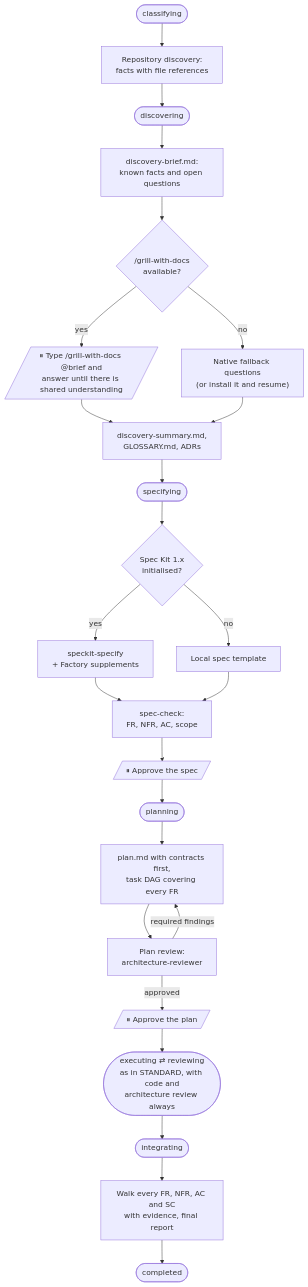
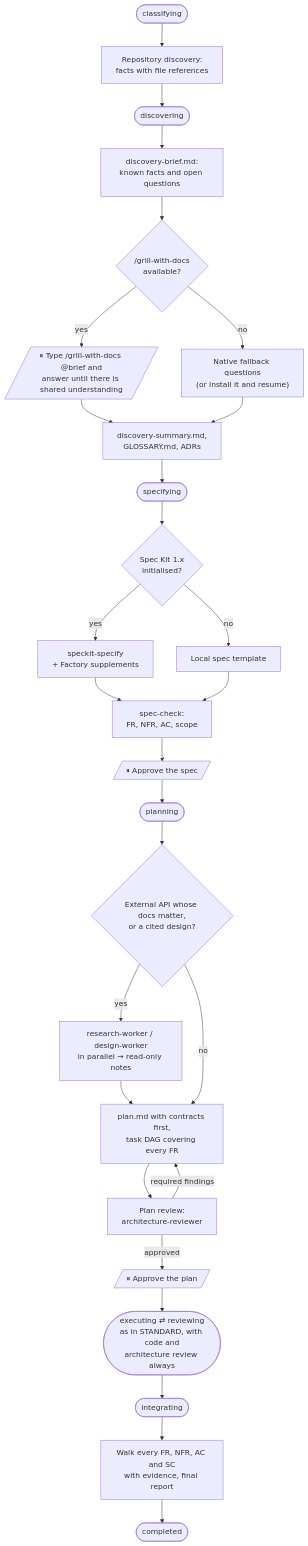
One commit to leoarkiteto/ai-software-factory-kit changed the fourth of 6 diagrams in docs/guide/workflows.md. Above: the diagram before and after it, drawn with Mermaid. The commit also changed other lines of this file and 17 other files, not shown here.

First line of the commit message:
Show the research and design workers in the diagrams

````diff
--- a/docs/guide/workflows.md
+++ b/docs/guide/workflows.md
@@ -96,27 +102,30 @@
 ```mermaid
 flowchart TD
     S(["classifying"]) --> RD["Repository discovery:<br/>facts with file references"]
     RD --> DI(["discovering"])
     DI --> BR["discovery-brief.md:<br/>known facts and open questions"]
     BR --> PV{"/grill-with-docs<br/>available?"}
     PV -- yes --> G[/"⏸ Type /grill-with-docs @brief and<br/>answer until there is shared understanding"/]
     PV -- no --> NF["Native fallback questions<br/>(or install it and resume)"]
     G --> DS["discovery-summary.md,<br/>GLOSSARY.md, ADRs"]
     NF --> DS
     DS --> SP(["specifying"])
     SP --> SV{"Spec Kit 1.x<br/>initialised?"}
     SV -- yes --> SK["speckit-specify<br/>+ Factory supplements"]
     SV -- no --> LS["Local spec template"]
     SK --> SC["spec-check:<br/>FR, NFR, AC, scope"]
     LS --> SC
     SC --> U1[/"⏸ Approve the spec"/]
     U1 --> PL(["planning"])
-    PL --> PP["plan.md with contracts first,<br/>task DAG covering every FR"]
+    PL --> RQ{"External API whose docs matter,<br/>or a cited design?"}
+    RQ -- yes --> RB["research-worker / design-worker<br/>in parallel → read-only notes"]
+    RB --> PP
+    RQ -- no --> PP["plan.md with contracts first,<br/>task DAG covering every FR"]
     PP --> PR["Plan review:<br/>architecture-reviewer"]
     PR -- "required findings" --> PP
     PR -- approved --> U2[/"⏸ Approve the plan"/]
     U2 --> EX(["executing ⇄ reviewing<br/>as in STANDARD, with code and<br/>architecture review always"])
     EX --> IN(["integrating"])
     IN --> V["Walk every FR, NFR, AC and SC<br/>with evidence, final report"]
     V --> C(["completed"])
 ```
````
